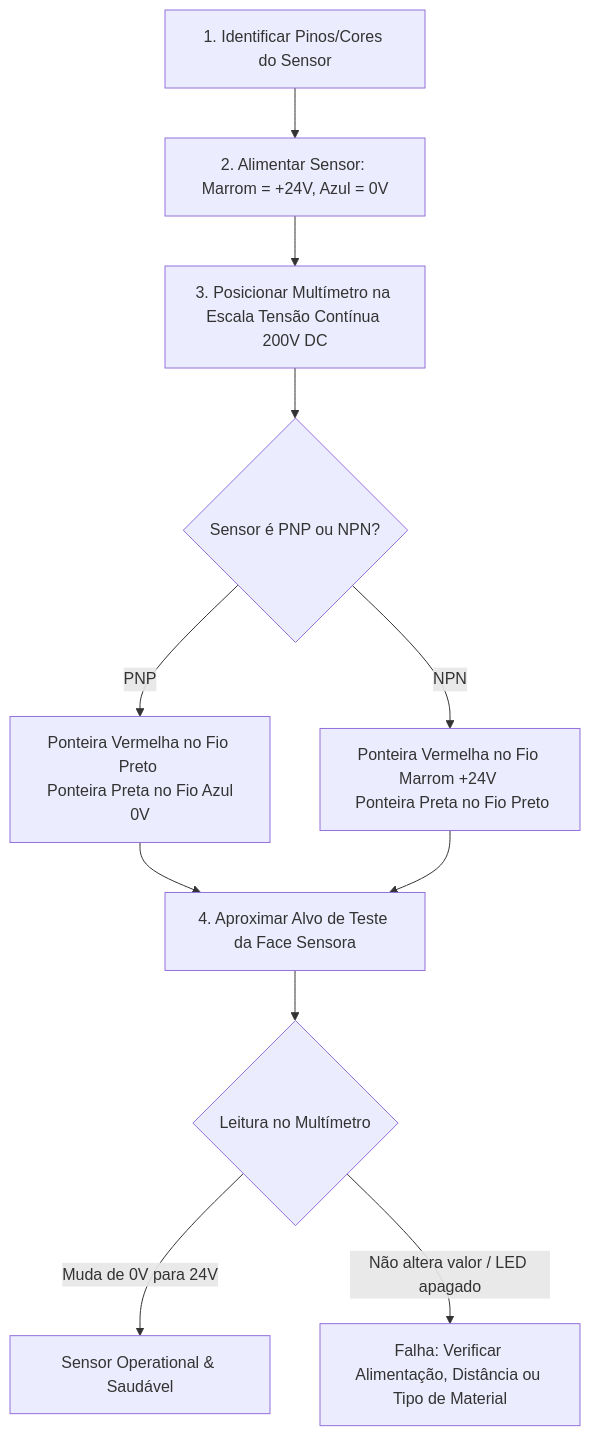
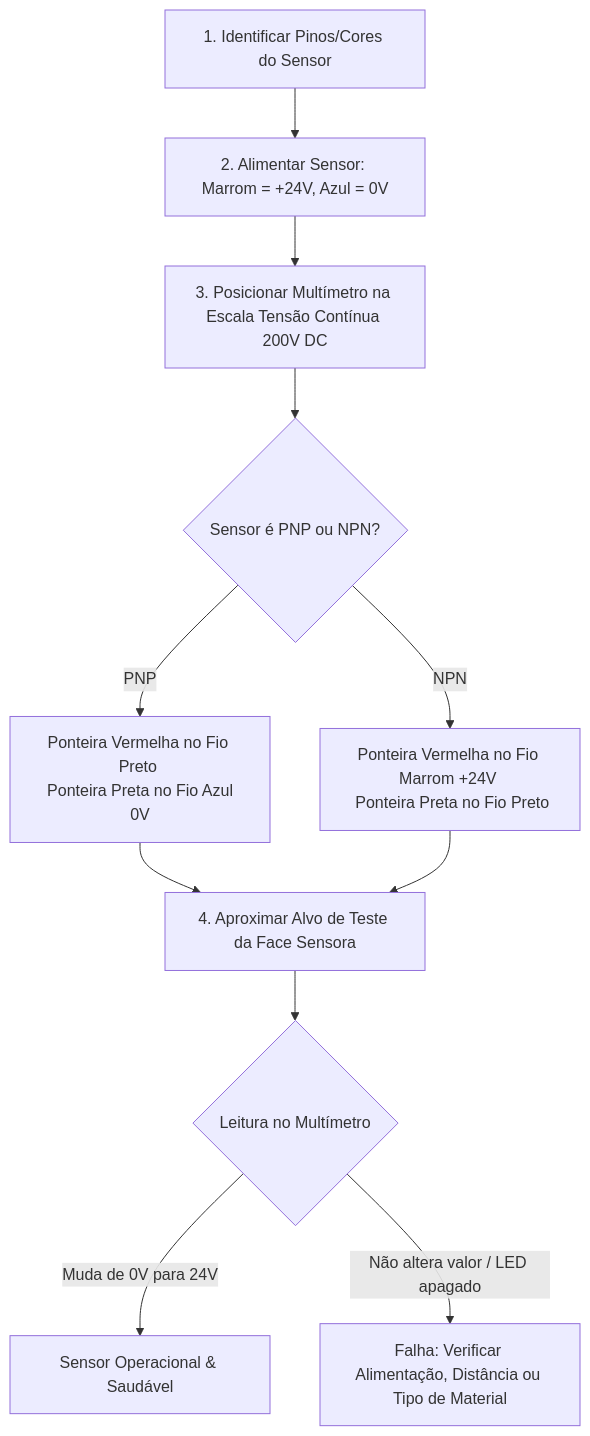
Before and after one commit to profAndreSouza/Material: the second of 2 diagrams in Automação Industrial/aulas/semana_02.md, drawn with Mermaid. The commit also changed other lines of this file and 2 other files, not shown here.

Commit message:
docs(automation): restructure course syllabus and enrich lessons 01-03
- Redistribute syllabus across 11 core lecture weeks in README.md

- Add comprehensive theoretical reference material for Lessons 01, 02, and 03

- Integrate custom PT-BR technical infographics (ISA-95, PNP/NPN, sensors, PLC SCAN)

- Outline synthetic scopes for IIoT, InfluxDB, and CRISP-DM/ML integration (Lessons 04-11)

````diff
--- a/Automação Industrial/aulas/semana_02.md
+++ b/Automação Industrial/aulas/semana_02.md
@@ -151,16 +151,16 @@
 ```mermaid
 graph TD
-    Start[1. Identificar Pinos/Cores do Sensor] --> Power[2. Alimentar Sensor: Marrom = +24V, Azul = 0V]
-    Power --> Meter[3. Posicionar Multímetro na Escala Tensão Contínua 200V DC]
-    Meter --> ProbePNP{Sensor é PNP ou NPN?}
+    Start["1. Identificar Pinos/Cores do Sensor"] --> Power["2. Alimentar Sensor: Marrom = +24V, Azul = 0V"]
+    Power --> Meter["3. Posicionar Multímetro na Escala Tensão Contínua 200V DC"]
+    Meter --> ProbePNP{"Sensor é PNP ou NPN?"}
     
-    ProbePNP -->|PNP| TestPNP[Ponteira Vermelha no Fio Preto <br/> Ponteira Preta no Fio Azul 0V]
-    ProbePNP -->|NPN| TestNPN[Ponteira Vermelha no Fio Marrom +24V <br/> Ponteira Preta no Fio Preto]
+    ProbePNP -->|PNP| TestPNP["Ponteira Vermelha no Fio Preto <br/> Ponteira Preta no Fio Azul 0V"]
+    ProbePNP -->|NPN| TestNPN["Ponteira Vermelha no Fio Marrom +24V <br/> Ponteira Preta no Fio Preto"]
 
-    TestPNP --> Target[4. Aproximar Alvo de Teste da Face Sensora]
+    TestPNP --> Target["4. Aproximar Alvo de Teste da Face Sensora"]
     TestNPN --> Target
 
-    Target --> Check{Leitura no Multímetro}
-    Check -->|Muda de 0V para 24V| OK[Sensor Operational & Saudável]
-    Check -->|Não altera valor / LED apagado| Fault[Falha: Verificar Alimentação, Distância ou Tipo de Material]
+    Target --> Check{"Leitura no Multímetro"}
+    Check -->|Muda de 0V para 24V| OK["Sensor Operacional & Saudável"]
+    Check -->|Não altera valor / LED apagado| Fault["Falha: Verificar Alimentação, Distância ou Tipo de Material"]
 ```
````
